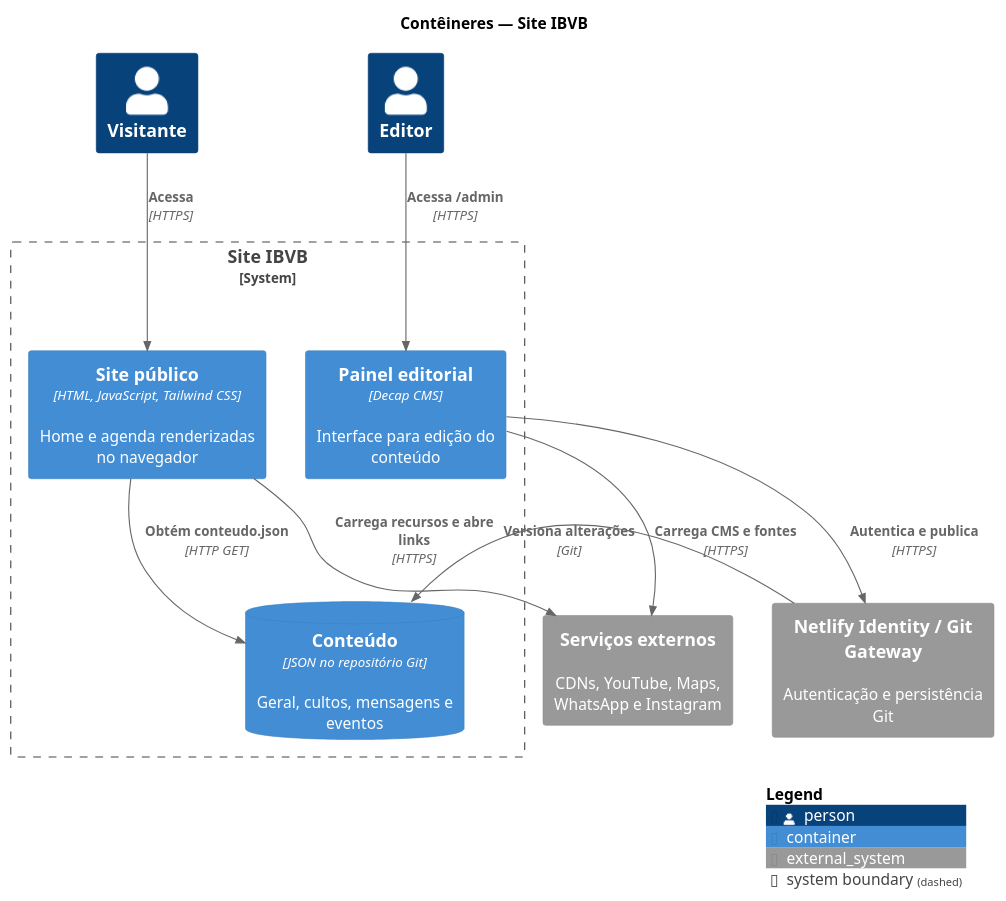
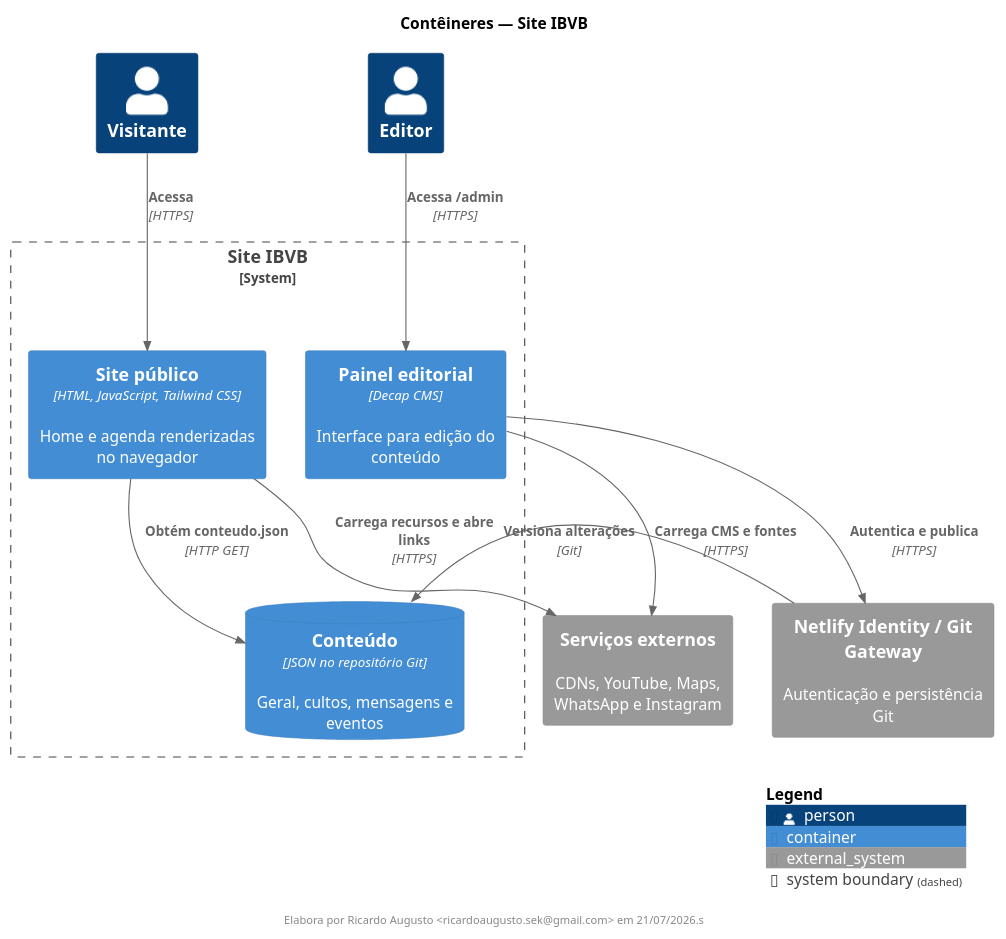
Before and after one commit to agenciaho/site-ibvb: the diagram in documentacao/devops/c4-containers.puml, drawn with PlantUML. The commit also changed 8 other files, not shown here.

```diff
--- a/documentacao/devops/c4-containers.puml
+++ b/documentacao/devops/c4-containers.puml
@@ -1,27 +1,29 @@
 @startuml C4_Containers_IBVB
 !includeurl https://raw.githubusercontent.com/plantuml-stdlib/C4-PlantUML/master/C4_Container.puml
 
 title Contêineres — Site IBVB
 
 Person(visitante, "Visitante")
 Person(editor, "Editor")
 
 System_Boundary(ibvb, "Site IBVB") {
   Container(web, "Site público", "HTML, JavaScript, Tailwind CSS", "Home e agenda renderizadas no navegador")
   Container(admin, "Painel editorial", "Decap CMS", "Interface para edição do conteúdo")
   ContainerDb(content, "Conteúdo", "JSON no repositório Git", "Geral, cultos, mensagens e eventos")
 }
 
 System_Ext(identity, "Netlify Identity / Git Gateway", "Autenticação e persistência Git")
 System_Ext(externals, "Serviços externos", "CDNs, YouTube, Maps, WhatsApp e Instagram")
 
 Rel(visitante, web, "Acessa", "HTTPS")
 Rel(editor, admin, "Acessa /admin", "HTTPS")
 Rel(web, content, "Obtém conteudo.json", "HTTP GET")
 Rel(admin, identity, "Autentica e publica", "HTTPS")
 Rel(identity, content, "Versiona alterações", "Git")
 Rel(web, externals, "Carrega recursos e abre links", "HTTPS")
 Rel(admin, externals, "Carrega CMS e fontes", "HTTPS")
 
+footer Elabora por Ricardo Augusto <ricardoaugusto.sek@gmail.com> em 21/07/2026.s
+
 SHOW_LEGEND()
 @enduml
```
